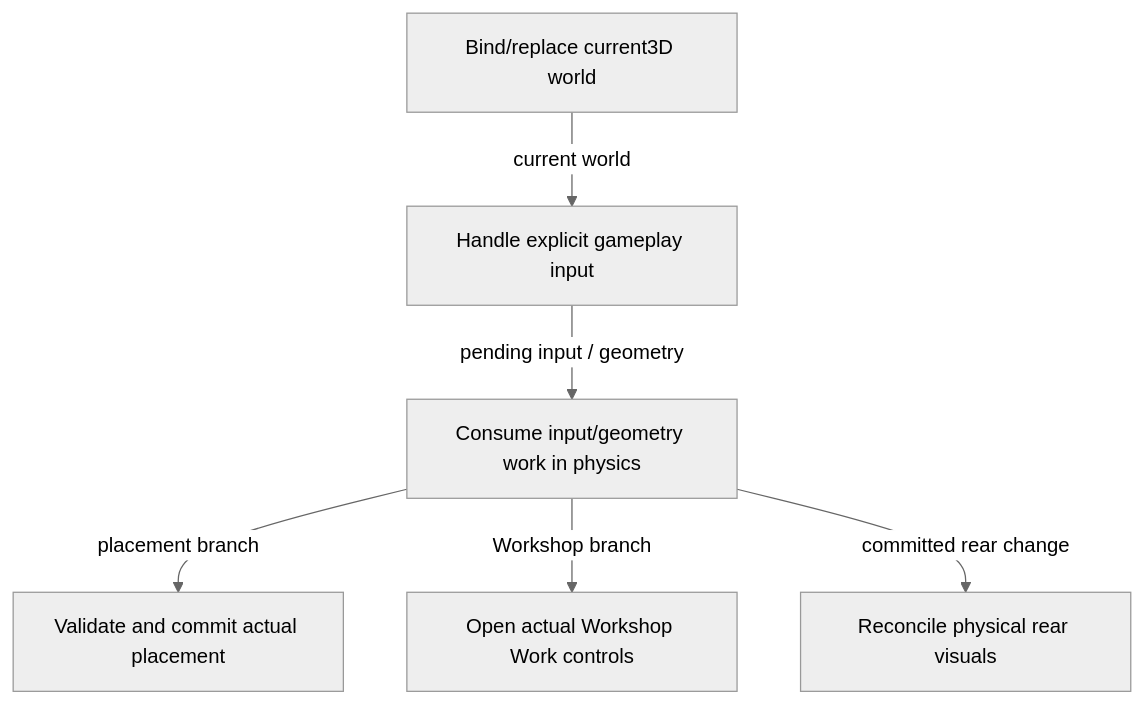
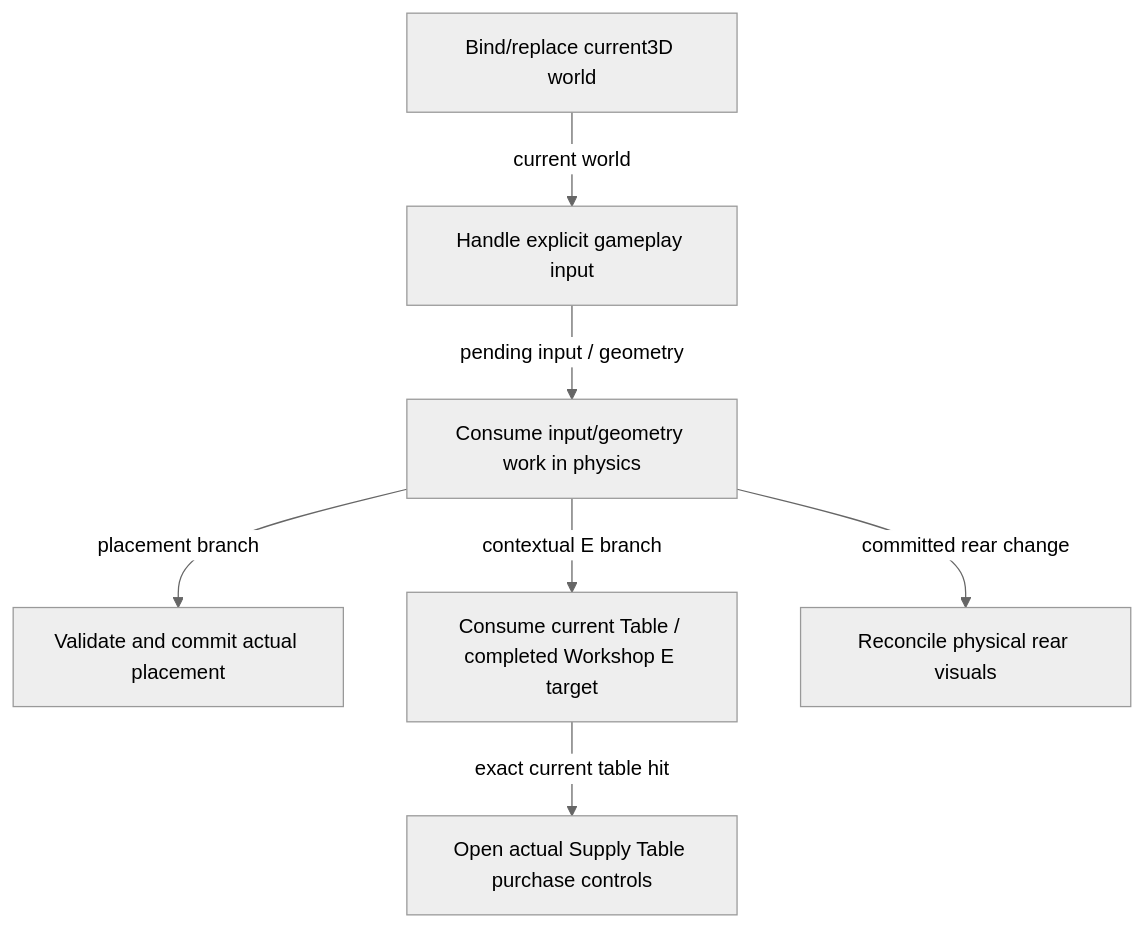
Diagram 43 of 49 in docs/system_atlas.md (TheInfinityIQ/Trencho_V4), drawn with Mermaid (neutral theme) before and after one commit. The commit also changed other lines of this file and 13 other files, not shown here.

Commit message:
Document checked Supply Table interaction and current ownership

````diff
--- a/docs/system_atlas.md
+++ b/docs/system_atlas.md
@@ -1297,14 +1297,16 @@
 ```mermaid
 flowchart TD
     n0["Bind/replace current3D world"]
     n1["Handle explicit gameplay input"]
     n2["Consume input/geometry work in physics"]
     n3["Validate and commit actual placement"]
-    n4["Open actual Workshop Work controls"]
+    n4["Consume current Table / completed Workshop E target"]
     n5["Reconcile physical rear visuals"]
+    n6["Open actual Supply Table purchase controls"]
     n0 -->|"current world"| n1
     n1 -->|"pending input / geometry"| n2
     n2 -->|"placement branch"| n3
-    n2 -->|"Workshop branch"| n4
+    n2 -->|"contextual E branch"| n4
     n2 -->|"committed rear change"| n5
+    n4 -->|"exact current table hit"| n6
 ```
````
